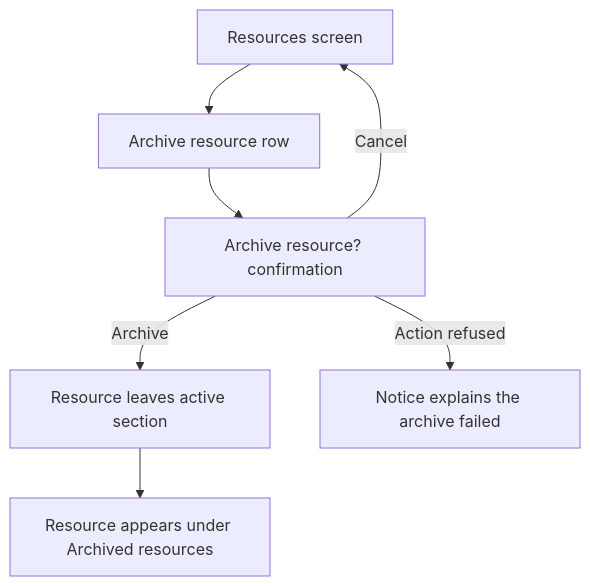
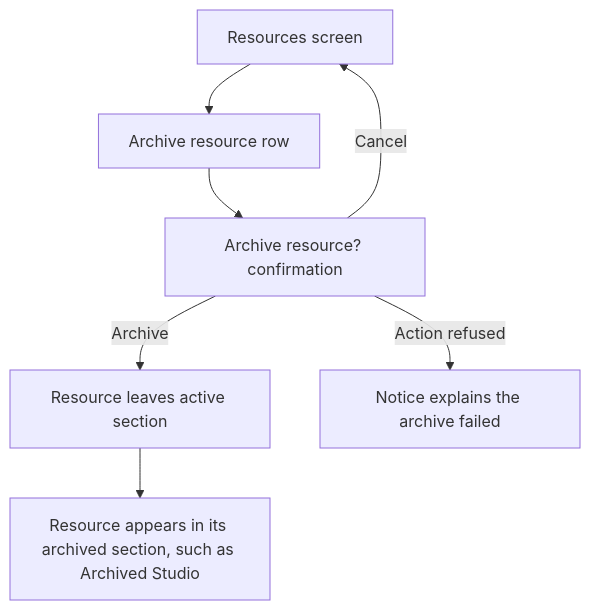
The first of 2 diagrams in user-stories/resources/US-RES-04-archive-resource.md (Kevinjohn/capacitylens), drawn with Mermaid before and after one commit.

Commit message:
docs: name the real archived section in the archive-resource flow
The Resources page shows archived people under Archived Studio,
Archived Supplementary, Archived External or Archived placeholders;
there is no Archived resources heading.

````diff
--- a/user-stories/resources/US-RES-04-archive-resource.md
+++ b/user-stories/resources/US-RES-04-archive-resource.md
@@ -21,7 +21,7 @@
 ```mermaid
 flowchart TD
   A["Resources screen"] --> B["Archive resource row"] --> C["Archive resource? confirmation"]
   C -->|Cancel| A
-  C -->|Archive| D["Resource leaves active section"] --> E["Resource appears under Archived resources"]
+  C -->|Archive| D["Resource leaves active section"] --> E["Resource appears in its archived section, such as Archived Studio"]
   C -->|Action refused| F["Notice explains the archive failed"]
 ```
````
